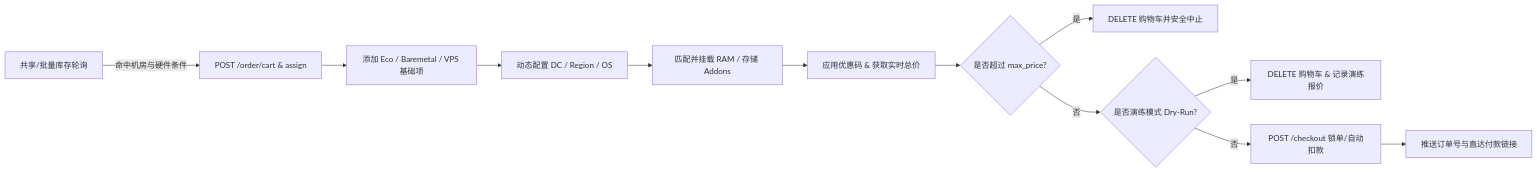
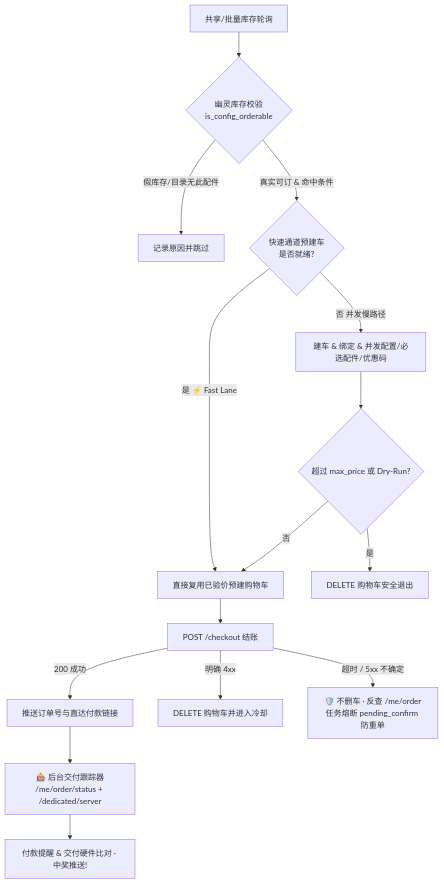
One commit to AtomBoyC/ovh-buyer changed the diagram in README.md. Above: the diagram before and after it, drawn with Mermaid. The commit also changed other lines of this file and 17 other files, not shown here.

Commit message:
feat: release v2.0.0 with fast lane, checkout safety, lottery tracker, short-link order, and full docs

````diff
--- a/README.md
+++ b/README.md
@@ -37,14 +39,17 @@
 ```mermaid
-flowchart LR
-    A[共享/批量库存轮询] -->|命中机房与硬件条件| B[POST /order/cart & assign]
-    B --> C[添加 Eco / Baremetal / VPS 基础项]
-    C --> D[动态配置 DC / Region / OS]
-    D --> E[匹配并挂载 RAM / 存储 Addons]
-    E --> F[应用优惠码 & 获取实时总价]
-    F --> G{是否超过 max_price?}
-    G -- 是 --> H[DELETE 购物车并安全中止]
-    G -- 否 --> I{是否演练模式 Dry-Run?}
-    I -- 是 --> J[DELETE 购物车 & 记录演练报价]
-    I -- 否 --> K[POST /checkout 锁单/自动扣款]
-    K --> L[推送订单号与直达付款链接]
+flowchart TD
+    A[共享/批量库存轮询] --> B{幽灵库存校验<br/>is_config_orderable}
+    B -- 假库存/目录无此配件 --> X[记录原因并跳过]
+    B -- 真实可订 & 命中条件 --> C{快速通道预建车<br/>是否就绪?}
+    C -- 是 ⚡ Fast Lane --> D[直接复用已验价预建购物车]
+    C -- 否 并发慢路径 --> E[建车 & 绑定 & 并发配置/必选配件/优惠码]
+    E --> F{超过 max_price 或 Dry-Run?}
+    F -- 是 --> G[DELETE 购物车安全退出]
+    F -- 否 --> D
+    D --> H[POST /checkout 结账]
+    H -- 200 成功 --> I[推送订单号与直达付款链接]
+    H -- 明确 4xx --> J[DELETE 购物车并进入冷却]
+    H -- 超时 / 5xx 不确定 --> K[🛡️ 不删车 · 反查 /me/order<br/>任务熔断 pending_confirm 防重单]
+    I --> L[🎰 后台交付跟踪器<br/>/me/order/status + /dedicated/server]
+    L --> M[付款提醒 & 交付硬件比对 · 中奖推送!]
 ```
````
